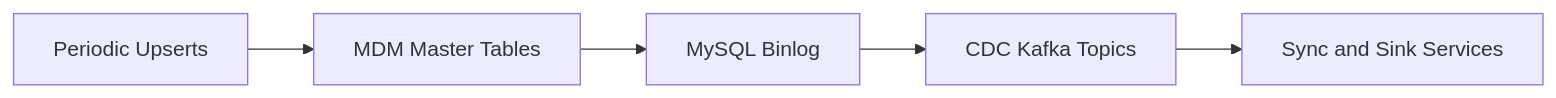
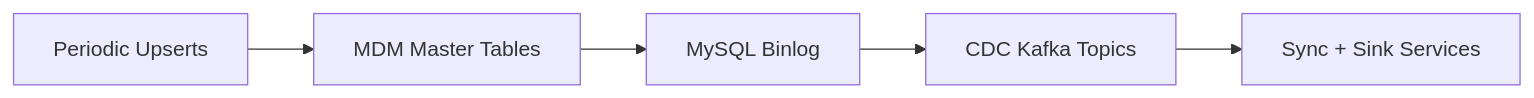
The second of 2 diagrams in source-apps/mdm-source/readme.md (paulchen8206/Full-Stack-Modern-Data-Architecture-and-Engineering), drawn with Mermaid before and after one commit. The commit also changed other lines of this file and 18 other files, not shown here.

````diff
--- a/source-apps/mdm-source/readme.md
+++ b/source-apps/mdm-source/readme.md
@@ -41,7 +41,7 @@
 ```mermaid
 flowchart LR
 	UPSERT[Periodic Upserts] --> TABLES[MDM Master Tables]
 	TABLES --> BINLOG[MySQL Binlog]
 	BINLOG --> TOPICS[CDC Kafka Topics]
-	TOPICS --> CONSUMERS[Sync and Sink Services]
+	TOPICS --> CONSUMERS[Sync + Sink Services]
 ```
````
